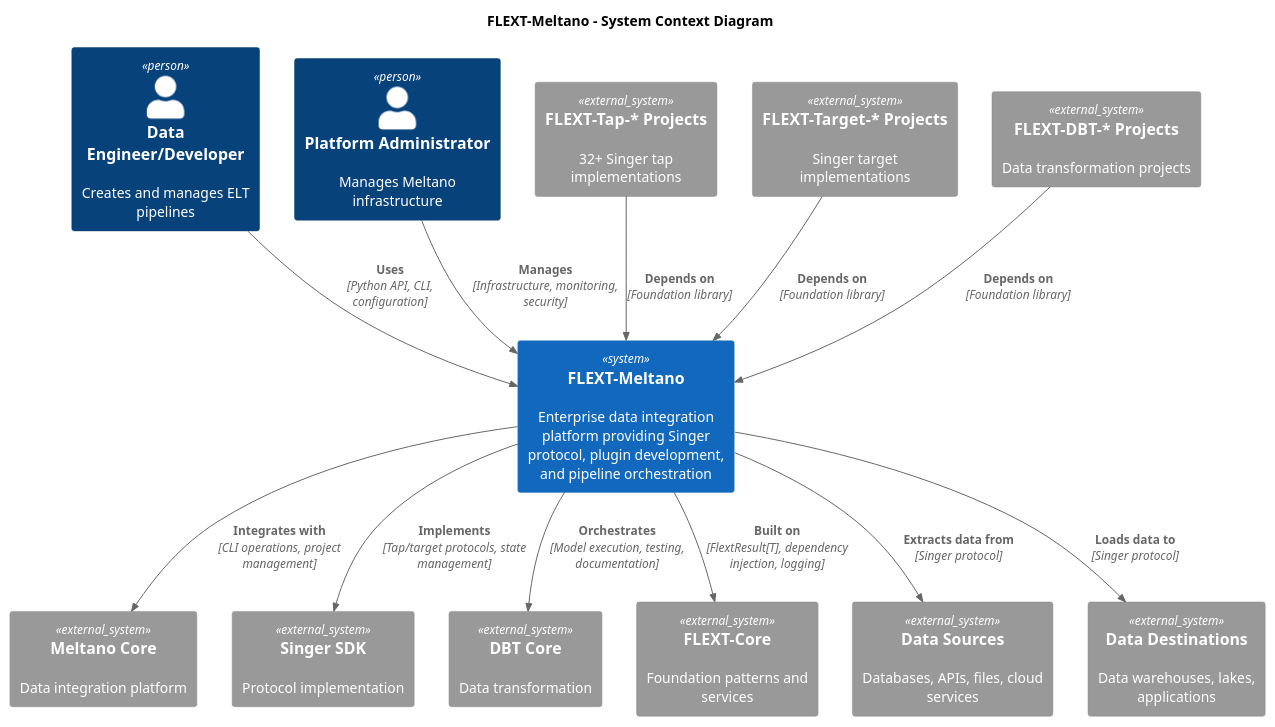
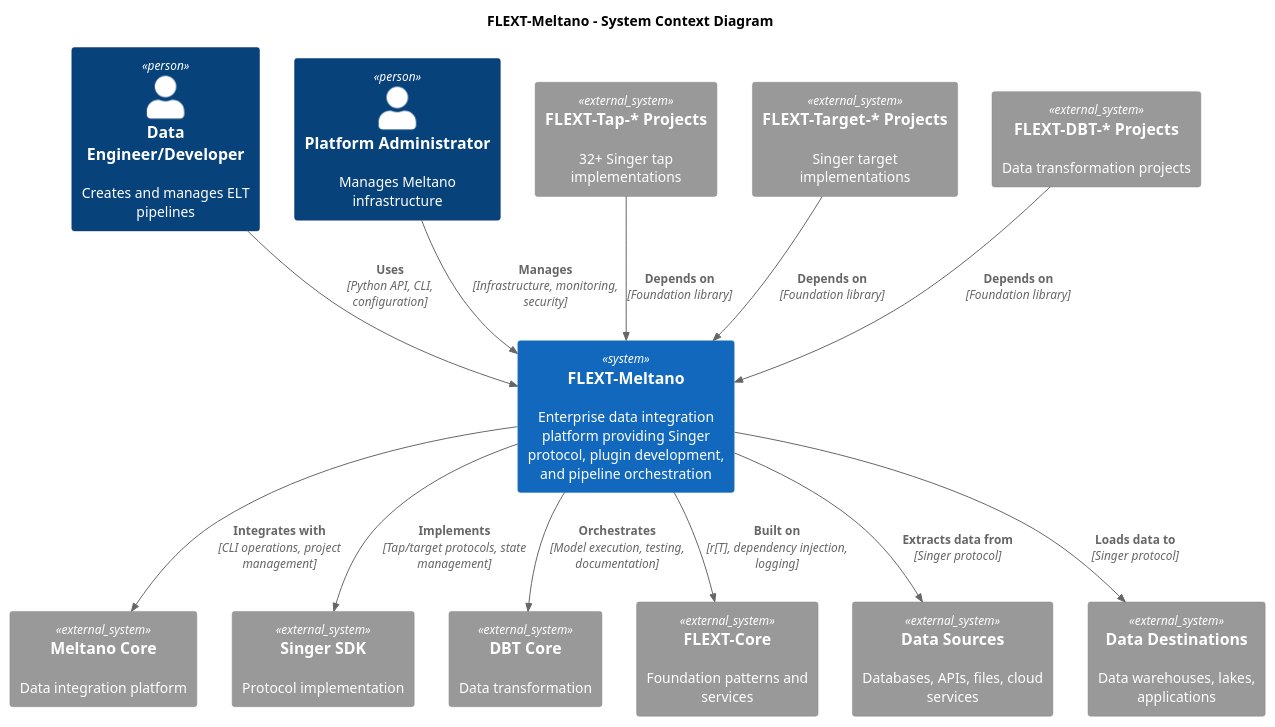
Before and after one commit to flext-sh/flext-meltano: the first of 6 diagrams in docs/architecture/diagrams.puml, drawn with PlantUML. The commit also changed other lines of this file and 50 other files, not shown here.

```diff
--- a/docs/architecture/diagrams.puml
+++ b/docs/architecture/diagrams.puml
@@ -1,37 +1,37 @@
 @startuml FLEXT-Meltano System Context
 !include https://raw.githubusercontent.com/plantuml-stdlib/C4-PlantUML/master/C4_Context.puml
 
 title FLEXT-Meltano - System Context Diagram
 
 Person(user, "Data Engineer/Developer", "Creates and manages ELT pipelines")
 Person(REDACTED_LDAP_BIND_PASSWORD, "Platform Administrator", "Manages Meltano infrastructure")
 
 System(flext_meltano, "FLEXT-Meltano", "Enterprise data integration platform providing Singer protocol, plugin development, and pipeline orchestration")
 
 System_Ext(meltano_core, "Meltano Core", "Data integration platform")
 System_Ext(singer_sdk, "Singer SDK", "Protocol implementation")
 System_Ext(dbt_core, "DBT Core", "Data transformation")
 System_Ext(flext_core, "FLEXT-Core", "Foundation patterns and services")
 
 System_Ext(flext_tap_star, "FLEXT-Tap-* Projects", "32+ Singer tap implementations")
 System_Ext(flext_target_star, "FLEXT-Target-* Projects", "Singer target implementations")
 System_Ext(flext_dbt_star, "FLEXT-DBT-* Projects", "Data transformation projects")
 
 System_Ext(data_sources, "Data Sources", "Databases, APIs, files, cloud services")
 System_Ext(data_destinations, "Data Destinations", "Data warehouses, lakes, applications")
 
 Rel(user, flext_meltano, "Uses", "Python API, CLI, configuration")
 Rel(REDACTED_LDAP_BIND_PASSWORD, flext_meltano, "Manages", "Infrastructure, monitoring, security")
 
 Rel(flext_meltano, meltano_core, "Integrates with", "CLI operations, project management")
 Rel(flext_meltano, singer_sdk, "Implements", "Tap/target protocols, state management")
 Rel(flext_meltano, dbt_core, "Orchestrates", "Model execution, testing, documentation")
-Rel(flext_meltano, flext_core, "Built on", "FlextResult[T], dependency injection, logging")
+Rel(flext_meltano, flext_core, "Built on", "r[T], dependency injection, logging")
 
 Rel(flext_tap_star, flext_meltano, "Depends on", "Foundation library")
 Rel(flext_target_star, flext_meltano, "Depends on", "Foundation library")
 Rel(flext_dbt_star, flext_meltano, "Depends on", "Foundation library")
 
 Rel(flext_meltano, data_sources, "Extracts data from", "Singer protocol")
 Rel(flext_meltano, data_destinations, "Loads data to", "Singer protocol")
 @enduml
```
